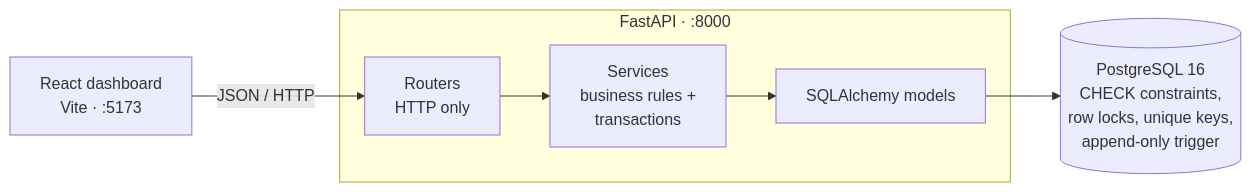
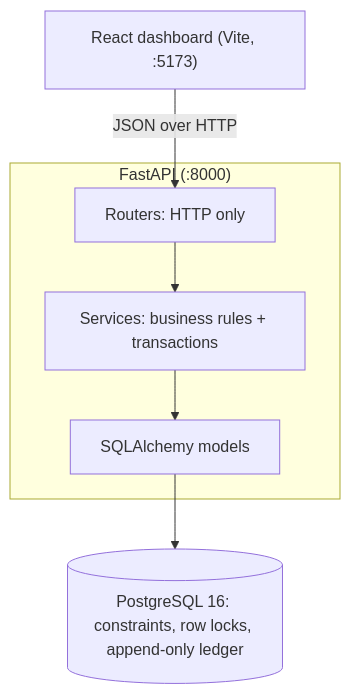
Before and after one commit to deveshgoreja/stockflow: the diagram in README.md, drawn with Mermaid. The commit also changed other lines of this file, not shown here.

Commit message:
README: fix rendering of tables, diagram and folder tree on GitHub

````diff
--- a/README.md
+++ b/README.md
@@ -57,9 +57,9 @@
 ```mermaid
-flowchart LR
-    UI["React dashboard<br/>Vite · :5173"] -- "JSON / HTTP" --> R
-    subgraph API["FastAPI · :8000"]
-        R["Routers<br/>HTTP only"] --> S["Services<br/>business rules +<br/>transactions"]
+flowchart TB
+    UI["React dashboard (Vite, :5173)"] -- "JSON over HTTP" --> R
+    subgraph API["FastAPI (:8000)"]
+        R["Routers: HTTP only"] --> S["Services: business rules + transactions"]
         S --> M["SQLAlchemy models"]
     end
-    M --> DB[("PostgreSQL 16<br/>CHECK constraints,<br/>row locks, unique keys,<br/>append-only trigger")]
+    M --> DB[("PostgreSQL 16: constraints, row locks, append-only ledger")]
 ```
````
